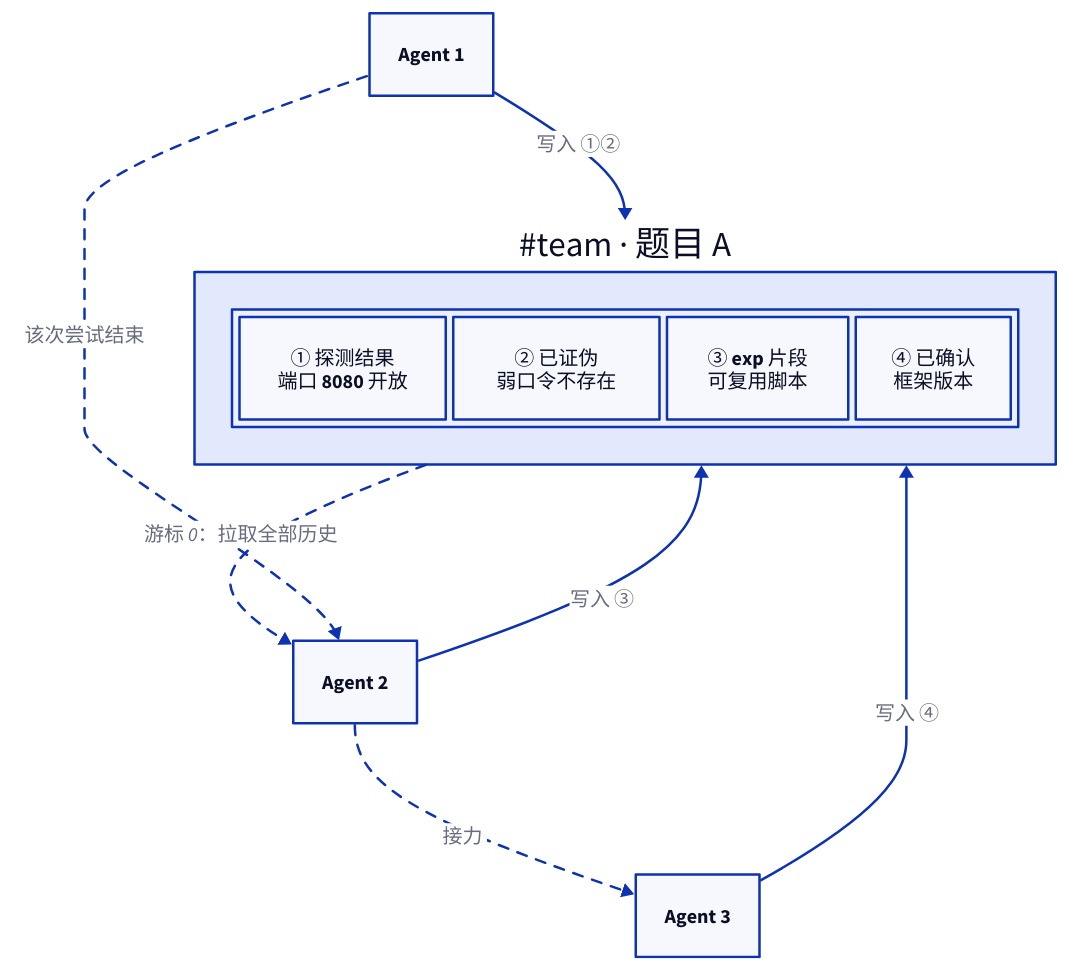
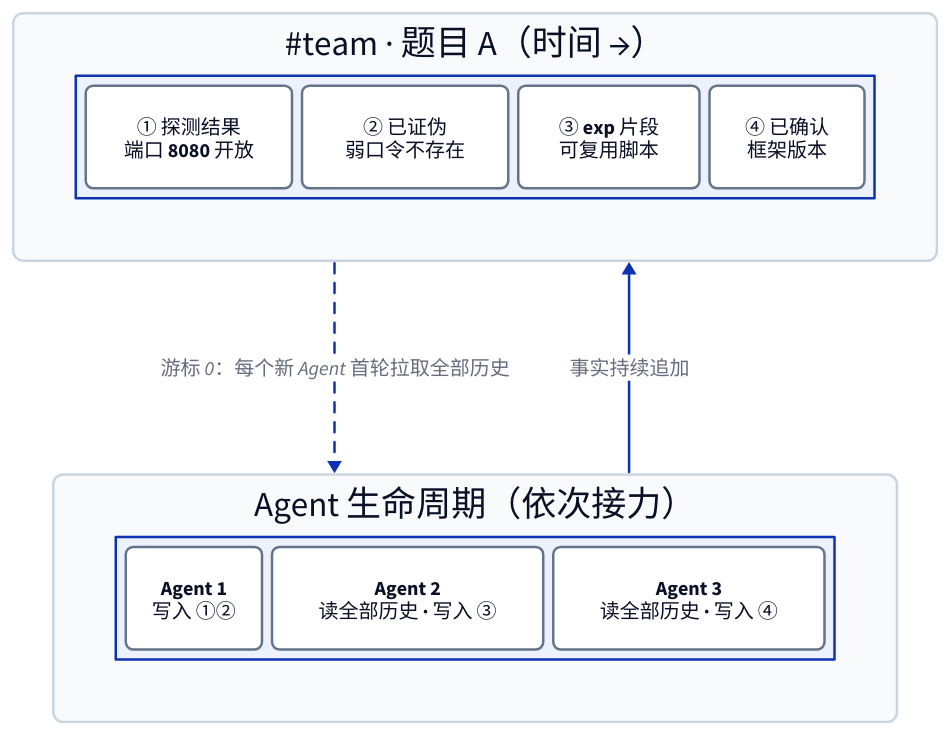
One commit to fangtimmy/aegisx changed the diagram in docs/figures/fig2-team-timeline.d2. Above: the diagram before and after it, drawn with D2. The commit also changed 17 other files, not shown here.

Commit message:
docs: redraw the report figures — grid alignment, container-level direct connectors, unified gray-white style with a single accent color; figure 5 rebuilt as a horizontal pipeline

```diff
--- a/docs/figures/fig2-team-timeline.d2
+++ b/docs/figures/fig2-team-timeline.d2
@@ -1,27 +1,49 @@
 direction: down
+vars: { d2-config: { layout-engine: elk } }
 
-频道: "#team · 题目 A" {
+classes: {
+  box: {
+    style: {
+      fill: "#ffffff"
+      stroke: "#64748b"
+      border-radius: 6
+    }
+  }
+  grp: {
+    style: {
+      fill: "#f8fafc"
+      stroke: "#cbd5e1"
+      border-radius: 8
+    }
+  }
+}
+
+频道: "#team · 题目 A（时间 →）" {
+  class: grp
   seq: "" {
     grid-rows: 1
     grid-columns: 4
-    grid-gap: 6
+    grid-gap: 8
 
-    m1: "① 探测结果\n端口 8080 开放"
-    m2: "② 已证伪\n弱口令不存在"
-    m3: "③ exp 片段\n可复用脚本"
-    m4: "④ 已确认\n框架版本"
+    m1: "① 探测结果\n端口 8080 开放" {class: box}
+    m2: "② 已证伪\n弱口令不存在" {class: box}
+    m3: "③ exp 片段\n可复用脚本" {class: box}
+    m4: "④ 已确认\n框架版本" {class: box}
   }
 }
 
-a1: "Agent 1"
-a2: "Agent 2"
-a3: "Agent 3"
+agents: "Agent 生命周期（依次接力）" {
+  class: grp
+  row: "" {
+    grid-rows: 1
+    grid-columns: 3
+    grid-gap: 8
 
-a1 -> 频道: "写入 ①②"
-a2 -> 频道: "写入 ③"
-a3 -> 频道: "写入 ④"
+    a1: "Agent 1\n写入 ①②" {class: box}
+    a2: "Agent 2\n读全部历史 · 写入 ③" {class: box}
+    a3: "Agent 3\n读全部历史 · 写入 ④" {class: box}
+  }
+}
 
-频道 -> a2: "游标 0：拉取全部历史" {style.stroke-dash: 4}
-
-a1 -> a2: "该次尝试结束" {style.stroke-dash: 4}
-a2 -> a3: "接力" {style.stroke-dash: 4}
+agents -> 频道: "事实持续追加"
+频道 -> agents: "游标 0：每个新 Agent 首轮拉取全部历史" {style.stroke-dash: 4}
```
